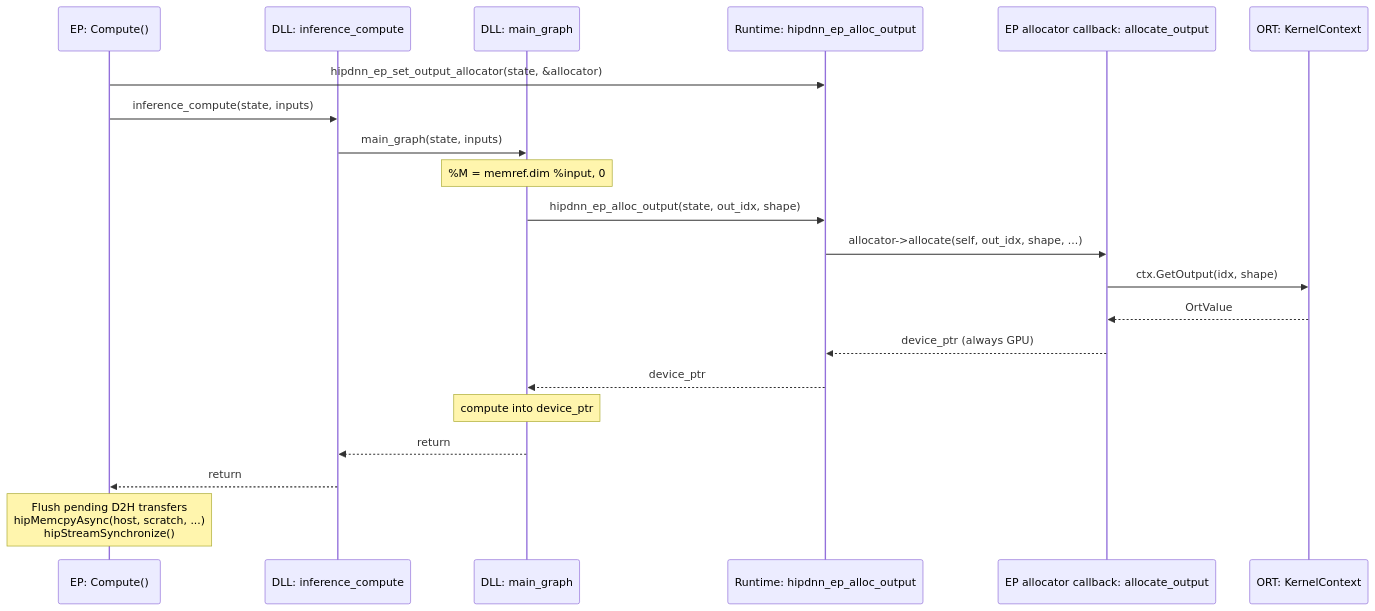
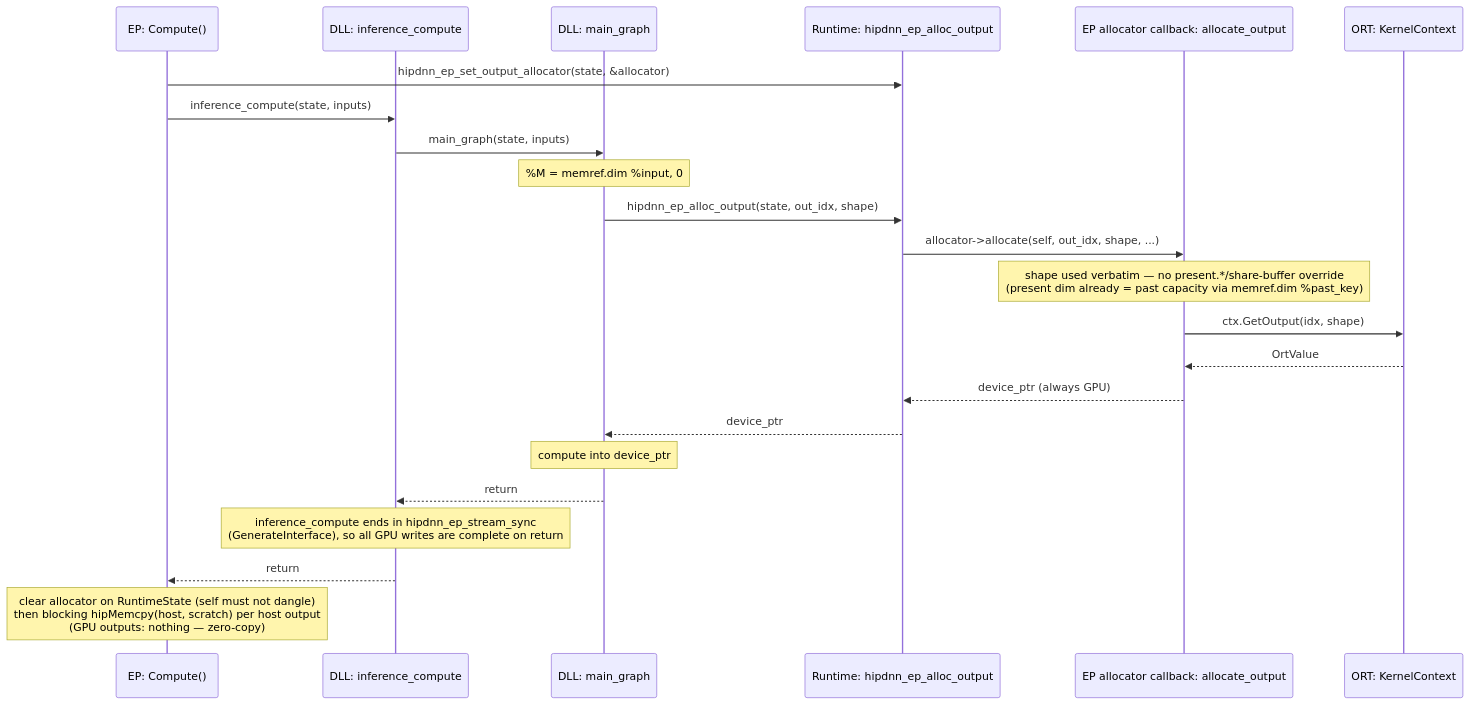
Before and after one commit to ROCm/hip-ep: the second of 2 diagrams in docs/design/output-allocator-design.md, drawn with Mermaid. The commit also changed other lines of this file and 16 other files, not shown here.

First line of the commit message:
feat(ep): wire output allocator EP bridge + zero-copy (phase 5) (#306)

````diff
--- a/docs/design/output-allocator-design.md
+++ b/docs/design/output-allocator-design.md
@@ -281,24 +299,26 @@
 ```mermaid
 sequenceDiagram
     participant EP as EP: Compute()
     participant DLL_IC as DLL: inference_compute
     participant DLL_MG as DLL: main_graph
     participant RT as Runtime: hipdnn_ep_alloc_output
     participant CB as EP allocator callback: allocate_output
     participant ORT as ORT: KernelContext
 
     EP->>RT: hipdnn_ep_set_output_allocator(state, &allocator)
     EP->>DLL_IC: inference_compute(state, inputs)
     DLL_IC->>DLL_MG: main_graph(state, inputs)
     Note over DLL_MG: %M = memref.dim %input, 0
     DLL_MG->>RT: hipdnn_ep_alloc_output(state, out_idx, shape)
     RT->>CB: allocator->allocate(self, out_idx, shape, ...)
+    Note over CB: shape used verbatim — no present.*/share-buffer override<br/>(present dim already = past capacity via memref.dim %past_key)
     CB->>ORT: ctx.GetOutput(idx, shape)
     ORT-->>CB: OrtValue
     CB-->>RT: device_ptr (always GPU)
     RT-->>DLL_MG: device_ptr
     Note over DLL_MG: compute into device_ptr
     DLL_MG-->>DLL_IC: return
+    Note over DLL_IC: inference_compute ends in hipdnn_ep_stream_sync<br/>(GenerateInterface), so all GPU writes are complete on return
     DLL_IC-->>EP: return
-    Note over EP: Flush pending D2H transfers<br/>hipMemcpyAsync(host, scratch, ...)<br/>hipStreamSynchronize()
+    Note over EP: clear allocator on RuntimeState (self must not dangle)<br/>then blocking hipMemcpy(host, scratch) per host output<br/>(GPU outputs: nothing — zero-copy)
 ```
````
